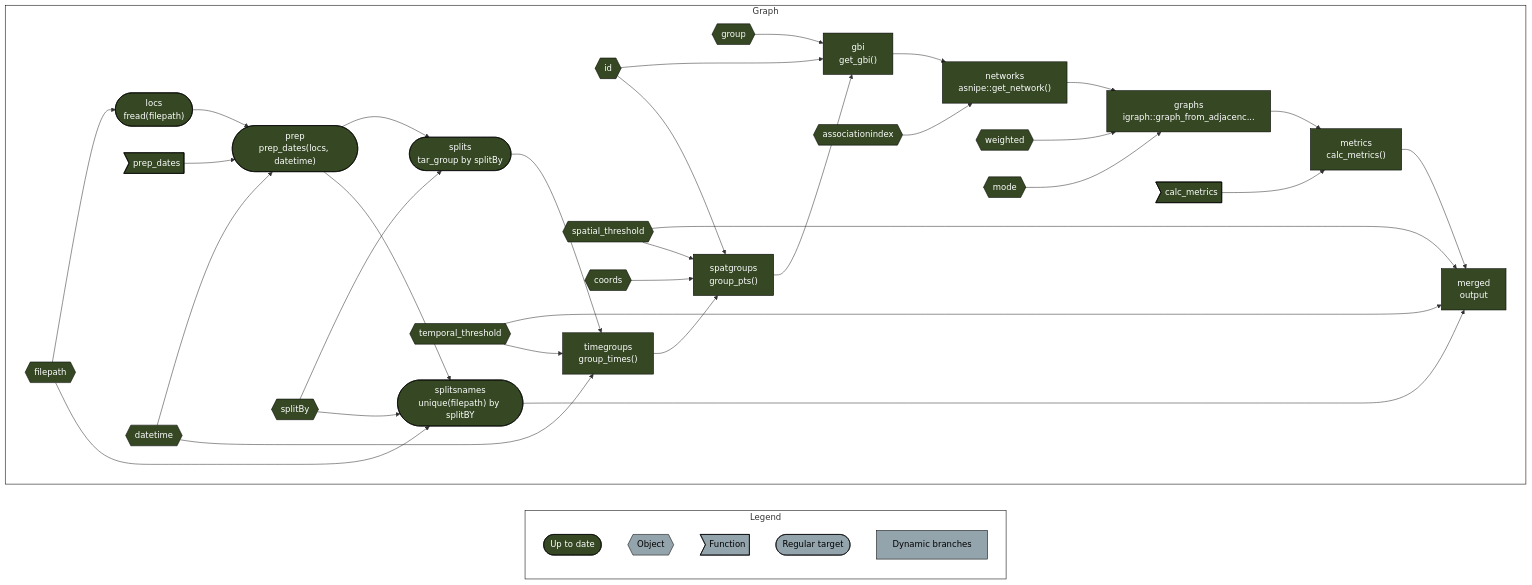
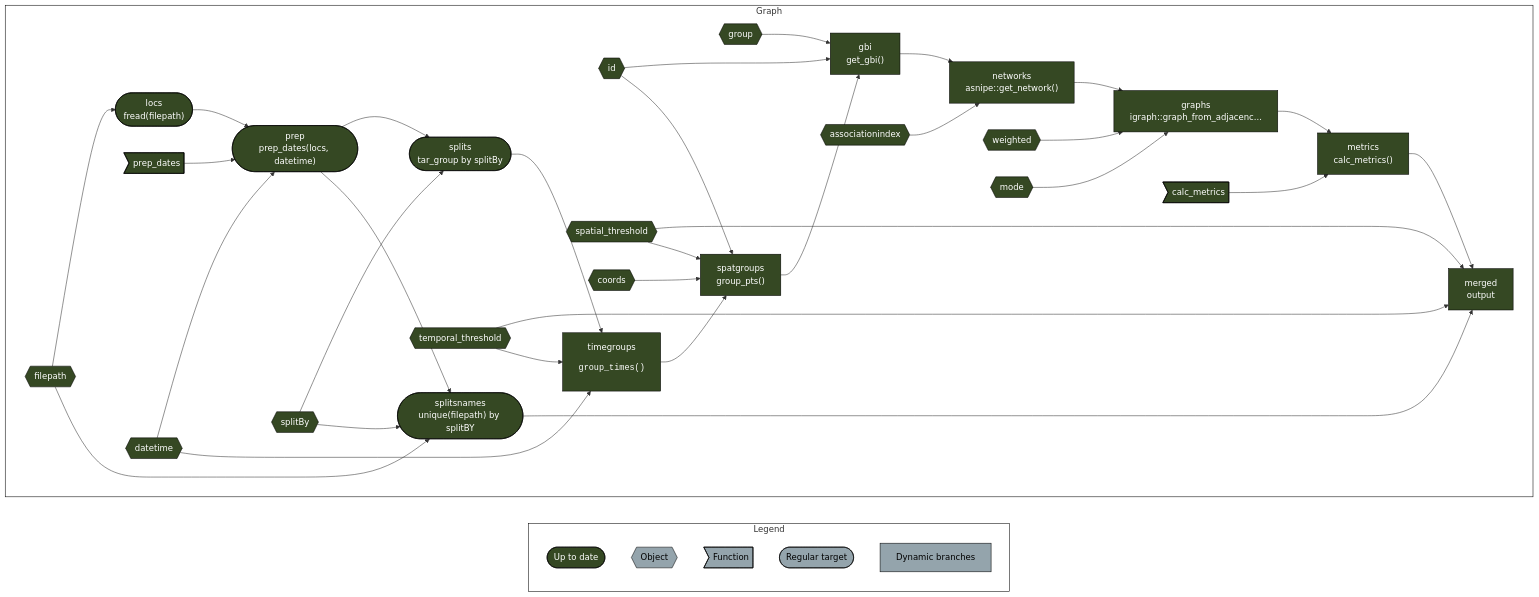
Before and after one commit to robitalec/targets-spatsoc-networks: the diagram in README.md, drawn with Mermaid. The commit also changed 1 other file, not shown here.

Commit message:
test pre

````diff
--- a/README.md
+++ b/README.md
@@ -10,48 +10,48 @@
 ``` mermaid
 graph LR
   style Legend fill:#FFFFFF00,stroke:#000000;
   style Graph fill:#FFFFFF00,stroke:#000000;
   subgraph Legend
     xf1522833a4d242c5(["Up to date"]):::uptodate
     xbecb13963f49e50b{{"Object"}}:::none
     xeb2d7cac8a1ce544>"Function"]:::none
     xd03d7c7dd2ddda2b(["Regular target"]):::none
     x6f7e04ea3427f824["Dynamic branches"]:::none
   end
   subgraph Graph
     direction LR
     xfeaff7c1bc5fe2e5{{"group"}}:::uptodate --> x8b0c676d7240242a["gbi<br>get_gbi()"]:::uptodate
     xc25194a2e4c760d5{{"id"}}:::uptodate --> x8b0c676d7240242a["gbi<br>get_gbi()"]:::uptodate
     xdf10c21b92224150["spatgroups<br>group_pts()"]:::uptodate --> x8b0c676d7240242a["gbi<br>get_gbi()"]:::uptodate
     xc389638817199bf0["networks<br>asnipe::get_network()"]:::uptodate --> x2db02d438e6d5e6f["graphs<br>igraph::graph_from_adjacenc..."]:::uptodate
     x7ceaaf778822044f{{"weighted"}}:::uptodate --> x2db02d438e6d5e6f["graphs<br>igraph::graph_from_adjacenc..."]:::uptodate
     x8568773019f89f54{{"mode"}}:::uptodate --> x2db02d438e6d5e6f["graphs<br>igraph::graph_from_adjacenc..."]:::uptodate
     x251c0fecf340765b{{"filepath"}}:::uptodate --> x5d49490da5202c91(["locs<br>fread(filepath)"]):::uptodate
     x544e14c8fac2c5b0["metrics<br>calc_metrics()"]:::uptodate --> x0babe2584c9010e0["merged<br>output"]:::uptodate
     x86be964788bf0a62{{"spatial_threshold"}}:::uptodate --> x0babe2584c9010e0["merged<br>output"]:::uptodate
     xe5f9f129783c9289(["splitsnames<br>unique(filepath) by splitBY"]):::uptodate --> x0babe2584c9010e0["merged<br>output"]:::uptodate
     x7691bca923fa768d{{"temporal_threshold"}}:::uptodate --> x0babe2584c9010e0["merged<br>output"]:::uptodate
     x6f3a445de245bc35>"calc_metrics"]:::uptodate --> x544e14c8fac2c5b0["metrics<br>calc_metrics()"]:::uptodate
     x2db02d438e6d5e6f["graphs<br>igraph::graph_from_adjacenc..."]:::uptodate --> x544e14c8fac2c5b0["metrics<br>calc_metrics()"]:::uptodate
     xc46e1ab6af5c8492{{"associationindex"}}:::uptodate --> xc389638817199bf0["networks<br>asnipe::get_network()"]:::uptodate
     x8b0c676d7240242a["gbi<br>get_gbi()"]:::uptodate --> xc389638817199bf0["networks<br>asnipe::get_network()"]:::uptodate
     xd135a9eb46727432>"prep_dates"]:::uptodate --> x3906e3b7b61cde90(["prep<br>prep_dates(locs, datetime)"]):::uptodate
     xe1070fbd6d46a47b{{"datetime"}}:::uptodate --> x3906e3b7b61cde90(["prep<br>prep_dates(locs, datetime)"]):::uptodate
     x5d49490da5202c91(["locs<br>fread(filepath)"]):::uptodate --> x3906e3b7b61cde90(["prep<br>prep_dates(locs, datetime)"]):::uptodate
     xbd740468b493bf05{{"coords"}}:::uptodate --> xdf10c21b92224150["spatgroups<br>group_pts()"]:::uptodate
     xc25194a2e4c760d5{{"id"}}:::uptodate --> xdf10c21b92224150["spatgroups<br>group_pts()"]:::uptodate
     x86be964788bf0a62{{"spatial_threshold"}}:::uptodate --> xdf10c21b92224150["spatgroups<br>group_pts()"]:::uptodate
-    xc119b121c4bf638e["timegroups<br>group_times()"]:::uptodate --> xdf10c21b92224150["spatgroups<br>group_pts()"]:::uptodate
+    xc119b121c4bf638e["timegroups<br><pre>group_times()</pre>"]:::uptodate --> xdf10c21b92224150["spatgroups<br>group_pts()"]:::uptodate
     x6fa178f2283ab5b1{{"splitBy"}}:::uptodate --> xf94084fe2fb21595(["splits<br>tar_group by splitBy"]):::uptodate
     x3906e3b7b61cde90(["prep<br>prep_dates(locs, datetime)"]):::uptodate --> xf94084fe2fb21595(["splits<br>tar_group by splitBy"]):::uptodate
     x251c0fecf340765b{{"filepath"}}:::uptodate --> xe5f9f129783c9289(["splitsnames<br>unique(filepath) by splitBY"]):::uptodate
     x6fa178f2283ab5b1{{"splitBy"}}:::uptodate --> xe5f9f129783c9289(["splitsnames<br>unique(filepath) by splitBY"]):::uptodate
     x3906e3b7b61cde90(["prep<br>prep_dates(locs, datetime)"]):::uptodate --> xe5f9f129783c9289(["splitsnames<br>unique(filepath) by splitBY"]):::uptodate
-    xe1070fbd6d46a47b{{"datetime"}}:::uptodate --> xc119b121c4bf638e["timegroups<br>group_times()"]:::uptodate
-    x7691bca923fa768d{{"temporal_threshold"}}:::uptodate --> xc119b121c4bf638e["timegroups<br>group_times()"]:::uptodate
-    xf94084fe2fb21595(["splits<br>tar_group by splitBy"]):::uptodate --> xc119b121c4bf638e["timegroups<br>group_times()"]:::uptodate
+    xe1070fbd6d46a47b{{"datetime"}}:::uptodate --> xc119b121c4bf638e["timegroups<br><pre>group_times()</pre>"]:::uptodate
+    x7691bca923fa768d{{"temporal_threshold"}}:::uptodate --> xc119b121c4bf638e["timegroups<br><pre>group_times()</pre>"]:::uptodate
+    xf94084fe2fb21595(["splits<br>tar_group by splitBy"]):::uptodate --> xc119b121c4bf638e["timegroups<br><pre>group_times()</pre>"]:::uptodate
     
   end
   classDef uptodate stroke:#000000,color:#ffffff,fill:#354823;
   classDef none stroke:#000000,color:#000000,fill:#94a4ac;
 ```
````
